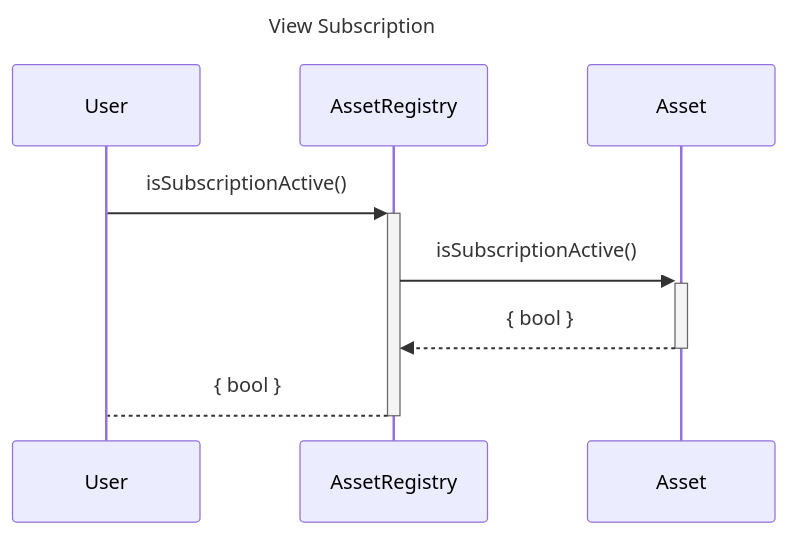
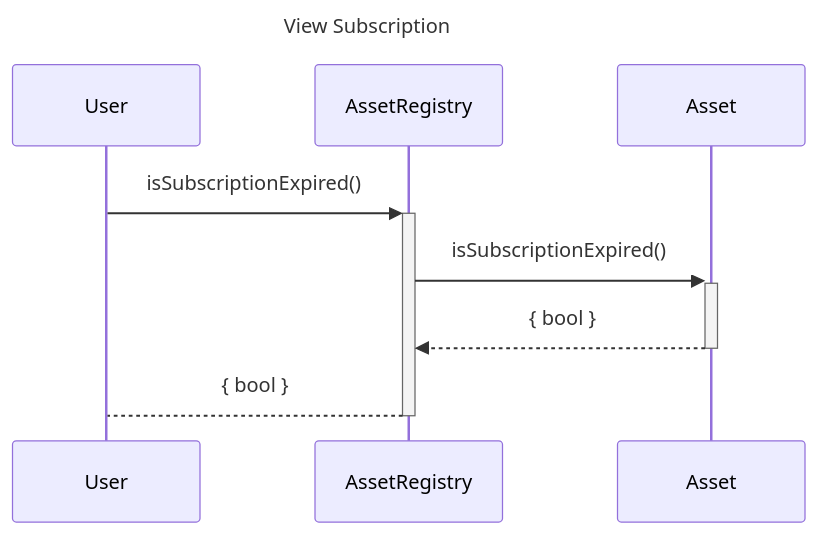
The third of 5 diagrams in docs/mvp-design-and-architecture.md (ChainSafe/open-creator-rails), drawn with Mermaid before and after one commit. The commit also changed other lines of this file and 9 other files, not shown here.

````diff
--- a/docs/mvp-design-and-architecture.md
+++ b/docs/mvp-design-and-architecture.md
@@ -40,12 +40,12 @@
 ```mermaid
 sequenceDiagram
 title View Subscription
     participant User
     participant AssetRegistry
     participant Asset
 
-User->>+AssetRegistry: isSubscriptionActive()
-AssetRegistry->>+Asset: isSubscriptionActive()
+User->>+AssetRegistry: isSubscriptionExpired()
+AssetRegistry->>+Asset: isSubscriptionExpired()
 Asset-->>-AssetRegistry: { bool }
 AssetRegistry-->-User: { bool }
 ```
````
